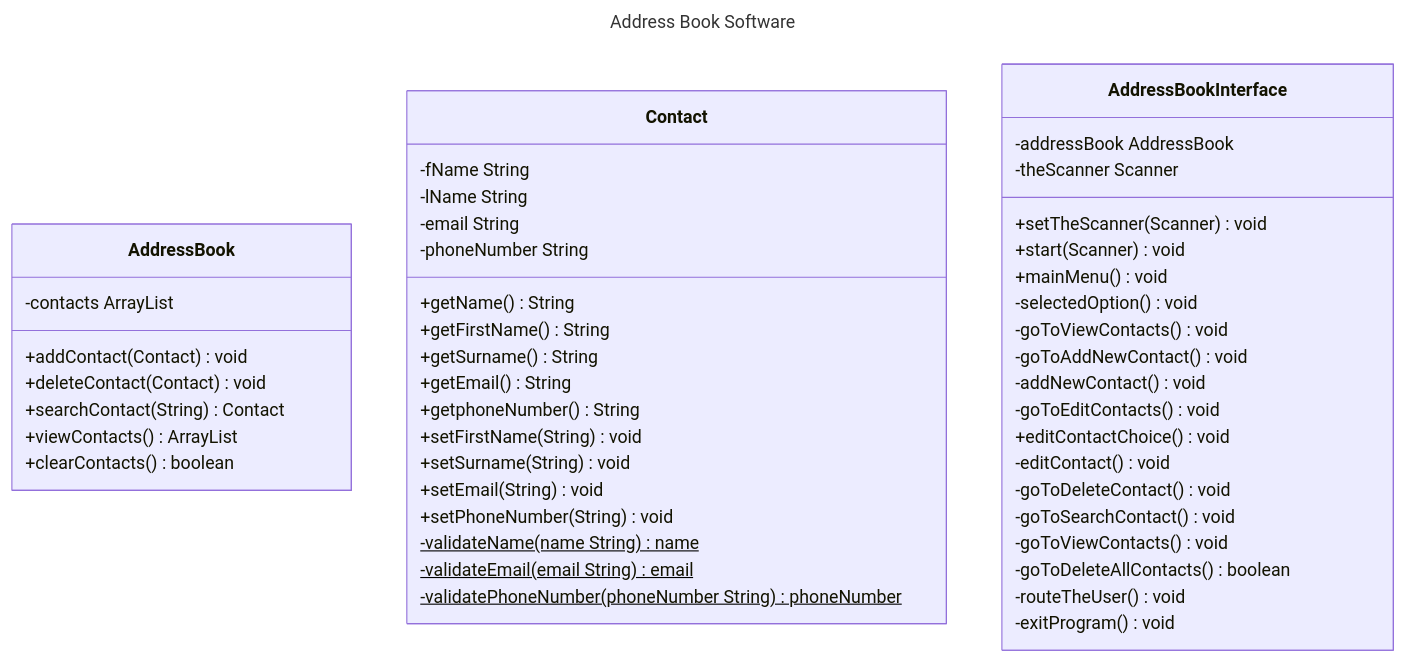
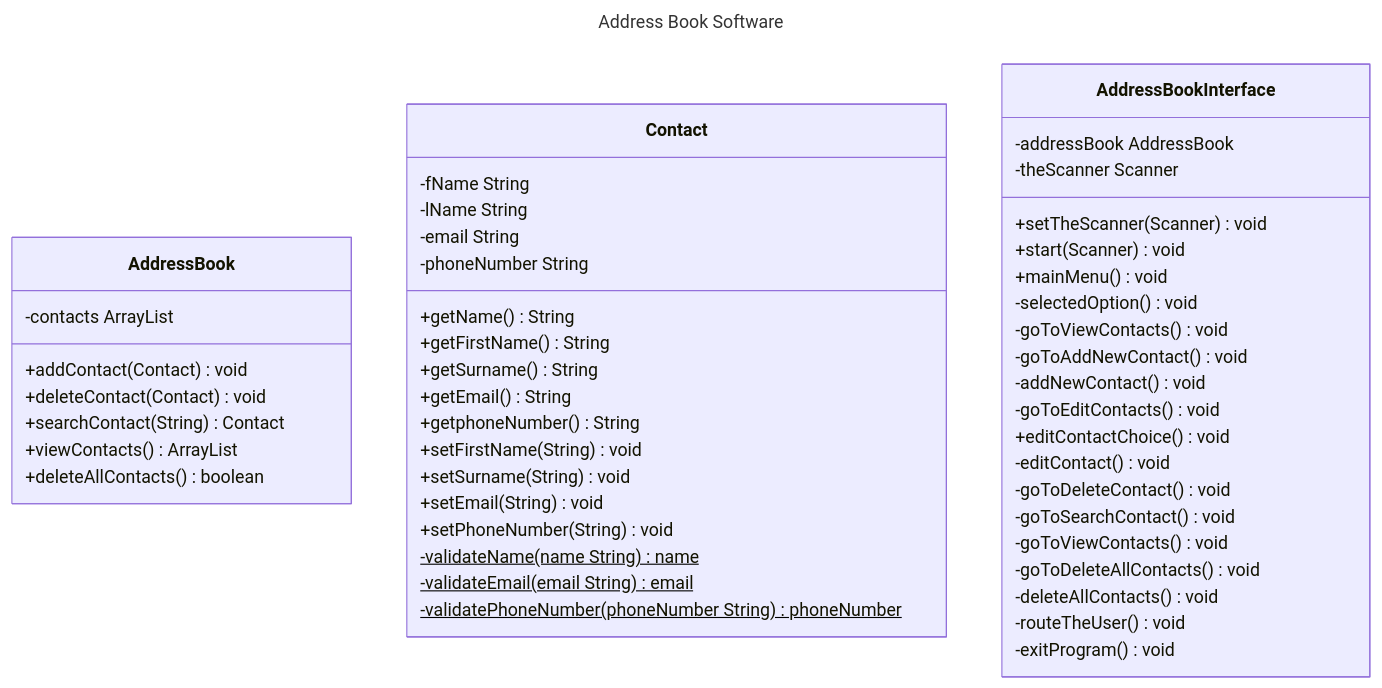
One commit to myaleung/address-book-application changed the diagram in docs/domain-models-test-plan.md. Above: the diagram before and after it, drawn with Mermaid. The commit also changed 3 other files, not shown here.

Commit message:
chore: update class diagram and fix typo

````diff
--- a/docs/domain-models-test-plan.md
+++ b/docs/domain-models-test-plan.md
@@ -5,53 +5,54 @@
 ```mermaid
 ---
 title: Address Book Software
 ---
 classDiagram
     class AddressBook {
         -contacts ArrayList<Contact>
         +addContact(Contact) void
         +deleteContact(Contact) void
         +searchContact(String) Contact
         +viewContacts() ArrayList
-        +clearContacts() boolean
+        +deleteAllContacts() boolean
     }
     class Contact {
         -fName String
         -lName String
         -email  String
         -phoneNumber String
         +getName() String
         +getFirstName() String
         +getSurname() String
         +getEmail() String
         +getphoneNumber() String
         +setFirstName(String) void
         +setSurname(String) void
         +setEmail(String) void
         +setPhoneNumber(String) void
         -validateName(name String)$ name
         -validateEmail(email String)$ email
         -validatePhoneNumber(phoneNumber String)$ phoneNumber
     }
         
     class AddressBookInterface {
         -addressBook AddressBook 
         -theScanner Scanner
         +setTheScanner(Scanner) void
         +start(Scanner) void
         +mainMenu() void
         -selectedOption() void
         -goToViewContacts() void
         -goToAddNewContact() void
         -addNewContact() void
         -goToEditContacts() void
         +editContactChoice() void
         -editContact() void
         -goToDeleteContact() void
         -goToSearchContact() void
         -goToViewContacts() void
-        -goToDeleteAllContacts() boolean
+        -goToDeleteAllContacts() void
+        -deleteAllContacts() void
         -routeTheUser() void
         -exitProgram() void
     }
 ```
````
